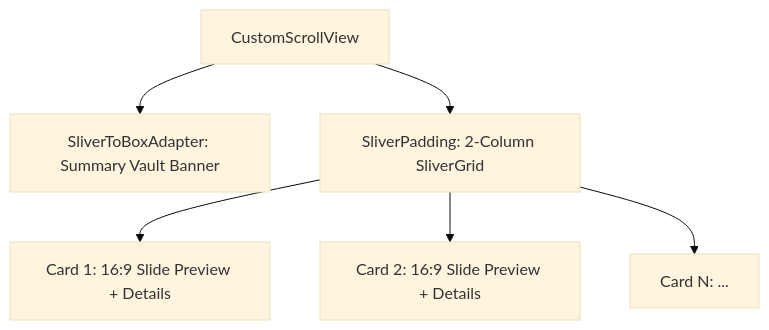
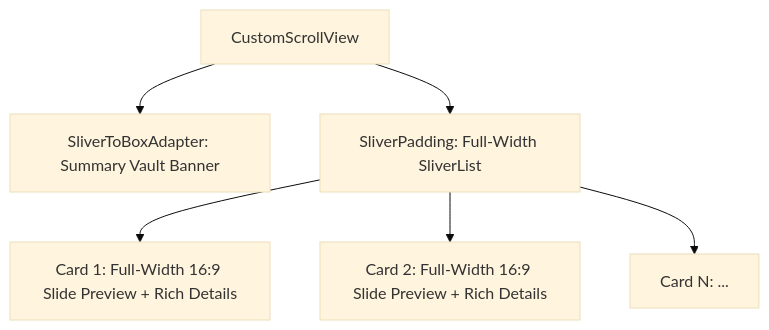
Before and after one commit to IzzaTechHub/ai-presentation-doc: the diagram in docs/ui/presentation_history_grid.md, drawn with Mermaid (base theme). The commit also changed other lines of this file and 2 other files, not shown here.

Commit message:
feat(history): transform presentation cards into full-width widescreen layout

````diff
--- a/docs/ui/presentation_history_grid.md
+++ b/docs/ui/presentation_history_grid.md
@@ -18,8 +17,8 @@
 ```mermaid
 graph TD
     A[CustomScrollView] --> B[SliverToBoxAdapter: Summary Vault Banner]
-    A --> C[SliverPadding: 2-Column SliverGrid]
-    C --> D[Card 1: 16:9 Slide Preview + Details]
-    C --> E[Card 2: 16:9 Slide Preview + Details]
+    A --> C[SliverPadding: Full-Width SliverList]
+    C --> D[Card 1: Full-Width 16:9 Slide Preview + Rich Details]
+    C --> E[Card 2: Full-Width 16:9 Slide Preview + Rich Details]
     C --> F[Card N: ...]
 ```
````
